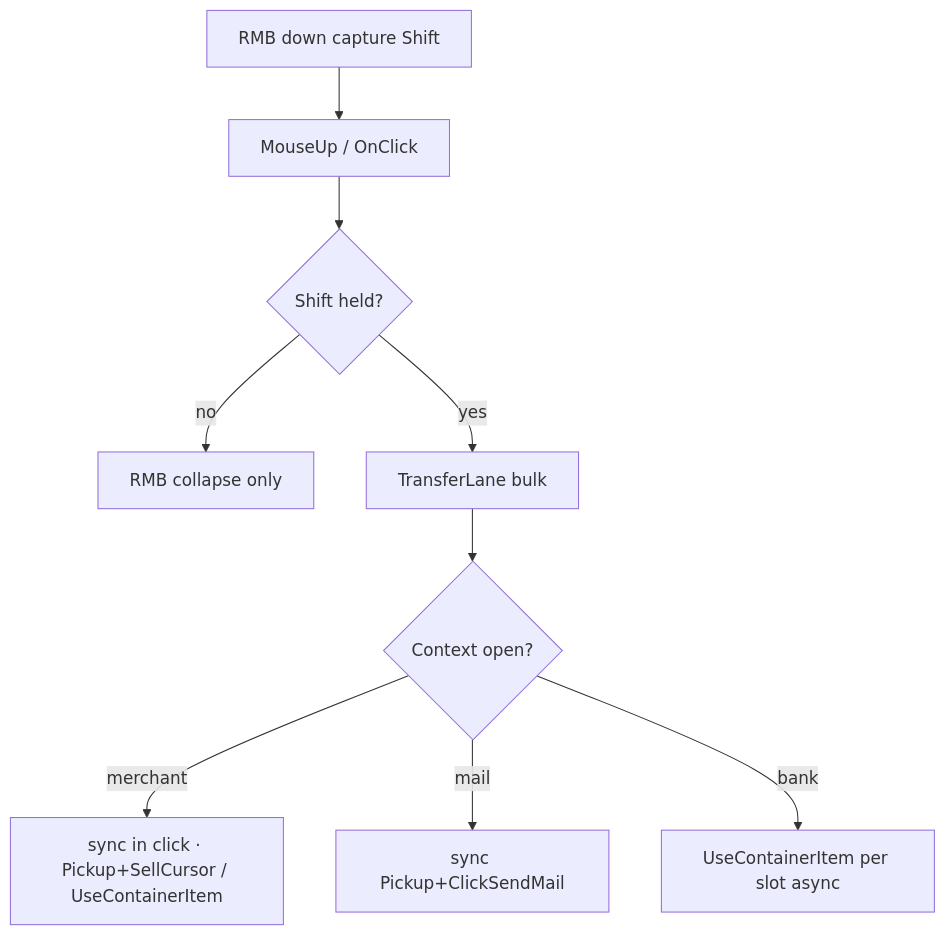
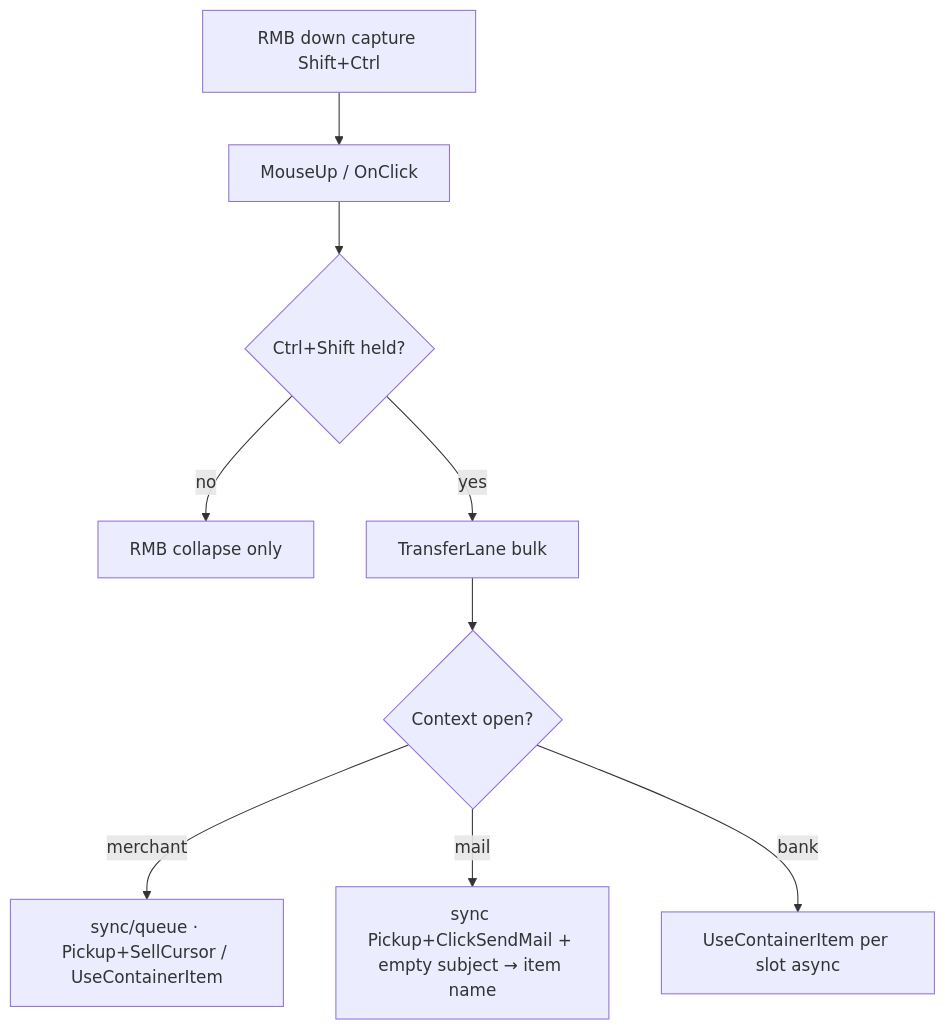
Before and after one commit to sirTurbisCZ/wow-forever-addons: the fifth of 7 diagrams in addons/BetterBackpack/Docs/loops.md, drawn with Mermaid. The commit also changed other lines of this file and 17 other files, not shown here.

````diff
--- a/addons/BetterBackpack/Docs/loops.md
+++ b/addons/BetterBackpack/Docs/loops.md
@@ -93,11 +95,11 @@
 ```mermaid
 flowchart TD
-  Down[RMB down capture Shift] --> Up[MouseUp / OnClick]
-  Up --> Shift{Shift held?}
-  Shift -->|no| Collapse[RMB collapse only]
-  Shift -->|yes| RMB[TransferLane bulk]
+  Down[RMB down capture Shift+Ctrl] --> Up[MouseUp / OnClick]
+  Up --> Mod{Ctrl+Shift held?}
+  Mod -->|no| Collapse[RMB collapse only]
+  Mod -->|yes| RMB[TransferLane bulk]
   RMB --> Ctx{Context open?}
-  Ctx -->|merchant| Sell[sync in click · Pickup+SellCursor / UseContainerItem]
-  Ctx -->|mail| Mail[sync Pickup+ClickSendMail]
+  Ctx -->|merchant| Sell[sync/queue · Pickup+SellCursor / UseContainerItem]
+  Ctx -->|mail| Mail[sync Pickup+ClickSendMail + empty subject → item name]
   Ctx -->|bank| Bank[UseContainerItem per slot async]
 ```
````
